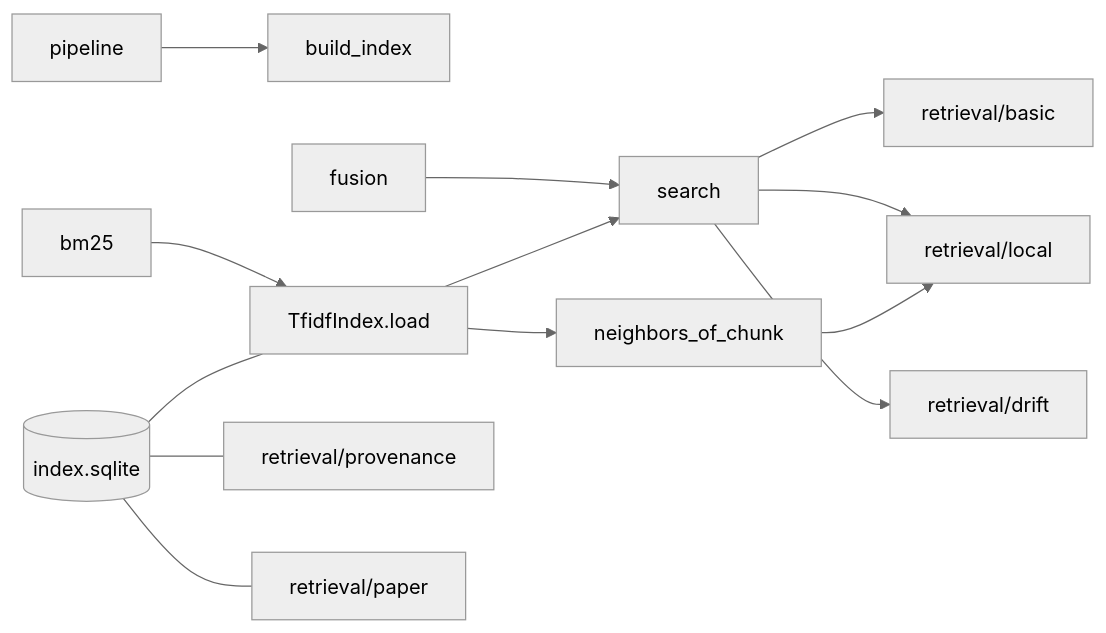
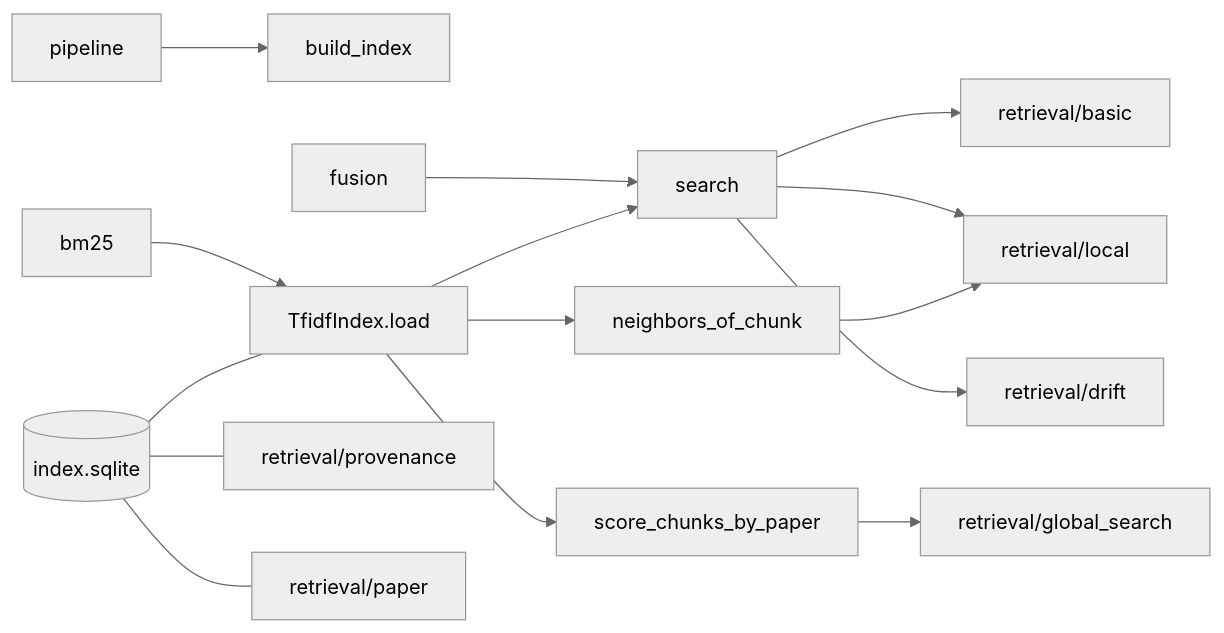
The fourth of 4 diagrams in src/research_graphrag/indexing/doc/tfidf_index.md (MomoEngineer/research-graphrag), drawn with Mermaid (neutral theme) before and after one commit. The commit also changed other lines of this file and 14 other files, not shown here.

````diff
--- a/src/research_graphrag/indexing/doc/tfidf_index.md
+++ b/src/research_graphrag/indexing/doc/tfidf_index.md
@@ -150,14 +161,15 @@
 ```mermaid
 flowchart LR
     PIP["pipeline"] --> BI["build_index"]
     BM["bm25"] --> LD["TfidfIndex.load"]
     FU["fusion"] --> SE["search"]
     LD --> SE
     SE --> B["retrieval/basic"]
     SE --> L["retrieval/local"]
     SE --> D["retrieval/drift"]
     LD --> NB["neighbors_of_chunk"] --> L
+    LD --> SCP["score_chunks_by_paper"] --> GS["retrieval/global_search"]
     IDX[("index.sqlite")] --- LD
     IDX --- PR["retrieval/provenance"]
     IDX --- PA["retrieval/paper"]
 ```
````
